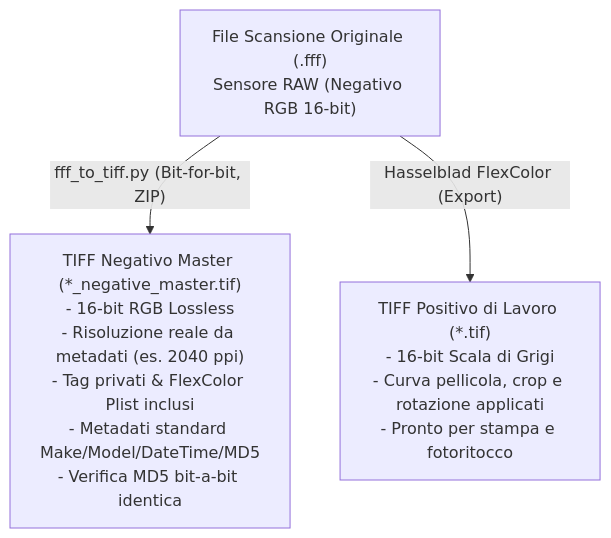
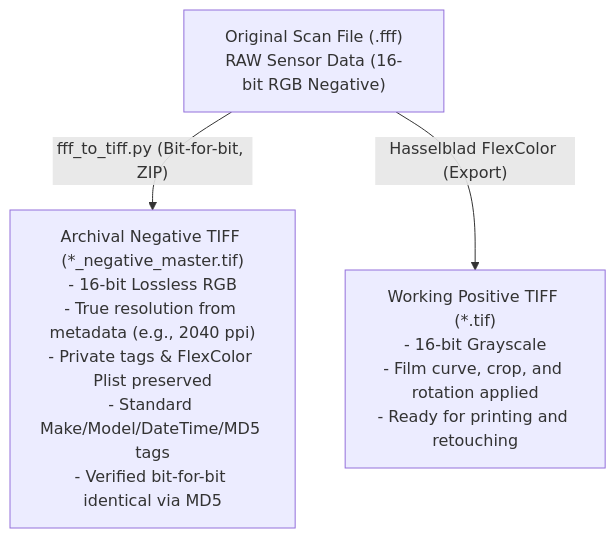
Before and after one commit to mattxvx/fff-to-tiff: the diagram in README.md, drawn with Mermaid. The commit also changed other lines of this file and 1 other file, not shown here.

````diff
--- a/README.md
+++ b/README.md
@@ -39,7 +39,7 @@
 ```mermaid
 flowchart TD
-    FFF["File Scansione Originale (.fff)<br/>Sensore RAW (Negativo RGB 16-bit)"]
+    FFF["Original Scan File (.fff)<br/>RAW Sensor Data (16-bit RGB Negative)"]
     
-    FFF -->|"fff_to_tiff.py (Bit-for-bit, ZIP)"| Master["TIFF Negativo Master (*_negative_master.tif)<br/>- 16-bit RGB Lossless<br/>- Risoluzione reale da metadati (es. 2040 ppi)<br/>- Tag privati & FlexColor Plist inclusi<br/>- Metadati standard Make/Model/DateTime/MD5<br/>- Verifica MD5 bit-a-bit identica"]
-    FFF -->|"Hasselblad FlexColor (Export)"| Positive["TIFF Positivo di Lavoro (*.tif)<br/>- 16-bit Scala di Grigi<br/>- Curva pellicola, crop e rotazione applicati<br/>- Pronto per stampa e fotoritocco"]
+    FFF -->|"fff_to_tiff.py (Bit-for-bit, ZIP)"| Master["Archival Negative TIFF (*_negative_master.tif)<br/>- 16-bit Lossless RGB<br/>- True resolution from metadata (e.g., 2040 ppi)<br/>- Private tags & FlexColor Plist preserved<br/>- Standard Make/Model/DateTime/MD5 tags<br/>- Verified bit-for-bit identical via MD5"]
+    FFF -->|"Hasselblad FlexColor (Export)"| Positive["Working Positive TIFF (*.tif)<br/>- 16-bit Grayscale<br/>- Film curve, crop, and rotation applied<br/>- Ready for printing and retouching"]
 ```
````
